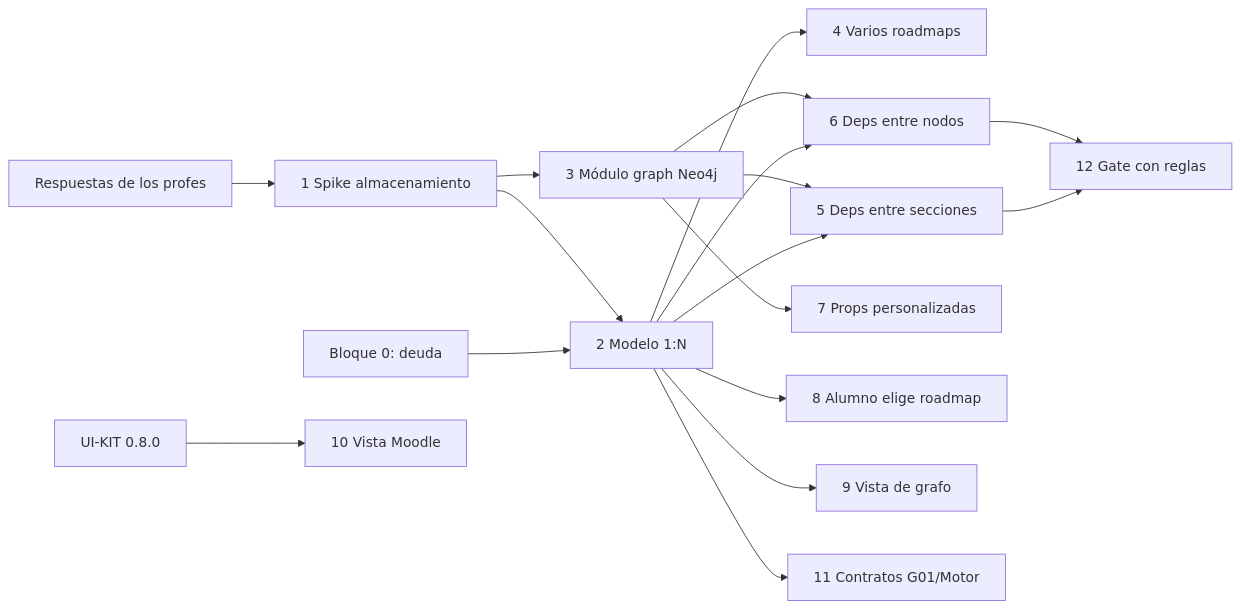
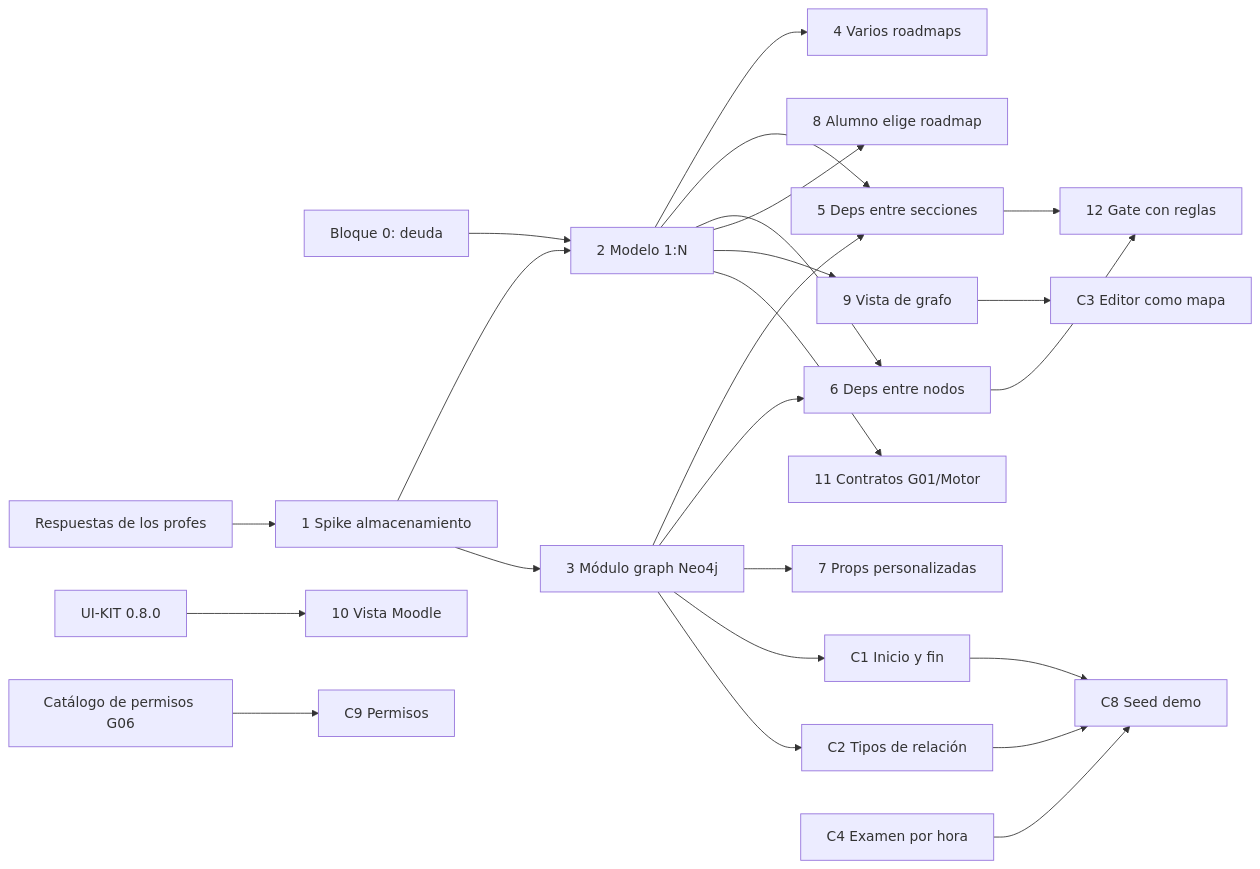
The diagram in sprints/sprint-3/06-backlog-sprint-3.md (BenjaminPolzoni/tpi-g10-cerebro), drawn with Mermaid before and after one commit. The commit also changed other lines of this file and 5 other files, not shown here.

````diff
--- a/sprints/sprint-3/06-backlog-sprint-3.md
+++ b/sprints/sprint-3/06-backlog-sprint-3.md
@@ -72,19 +72,26 @@
 ```mermaid
 flowchart LR
   B0[Bloque 0: deuda] --> HT2
   Q[Respuestas de los profes] --> SP1[1 Spike almacenamiento]
   SP1 --> HT2[2 Modelo 1:N]
   SP1 --> HT3[3 Módulo graph Neo4j]
   HT2 --> H4[4 Varios roadmaps]
   HT2 --> H5[5 Deps entre secciones]
   HT3 --> H5
   HT2 --> H6[6 Deps entre nodos]
   HT3 --> H6
   HT3 --> H7[7 Props personalizadas]
   HT2 --> H8[8 Alumno elige roadmap]
   HT2 --> H9[9 Vista de grafo]
   UK[UI-KIT 0.8.0] --> H10[10 Vista Moodle]
   HT2 --> HT11[11 Contratos G01/Motor]
   H5 --> HT12[12 Gate con reglas]
   H6 --> HT12
+  HT3 --> C1[C1 Inicio y fin]
+  HT3 --> C2[C2 Tipos de relación]
+  H9 --> C3[C3 Editor como mapa]
+  C1 --> C8[C8 Seed demo]
+  C2 --> C8
+  C4[C4 Examen por hora] --> C8
+  G06[Catálogo de permisos G06] --> C9[C9 Permisos]
 ```
````
